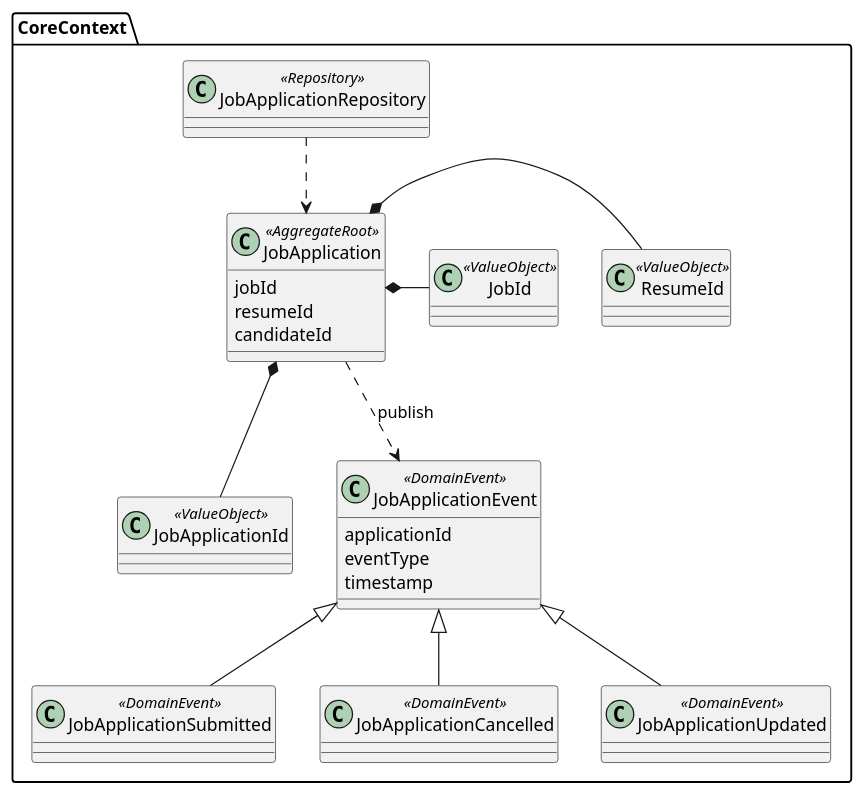
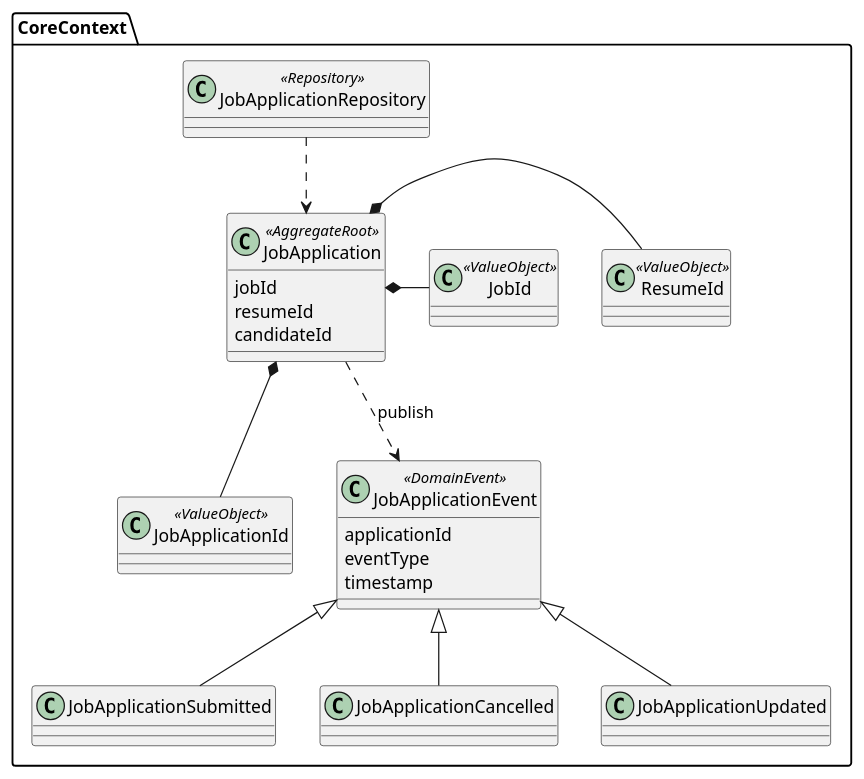
One commit to mikesorae/job_search_context changed the diagram in domain/core_context.pu. Above: the diagram before and after it, drawn with PlantUML. The commit also changed 2 other files, not shown here.

Commit message:
add domain events

```diff
--- a/domain/core_context.pu
+++ b/domain/core_context.pu
@@ -1,51 +1,41 @@
 @startuml
 
 ' 共通コンテキスト
 namespace CoreContext {
     class ResumeId <<ValueObject>> {
     }
 
     class JobId <<ValueObject>> {
     }
 
     class JobApplicationId <<ValueObject>> {
     }
 
     class JobApplication <<AggregateRoot>> {
         jobId
         resumeId
         candidateId
     }
 
     class JobApplicationRepository <<Repository>> {
     }
 
     class JobApplicationEvent <<DomainEvent>> {
         applicationId
         eventType
         timestamp 
     }
 
-    class JobApplicationSubmitted <<DomainEvent>> {
-    }
-
-    class JobApplicationCancelled <<DomainEvent>> {
-    }
-
-    class JobApplicationUpdated <<DomainEvent>> {
-    }
-
-
     JobApplication *-- JobApplicationId
     JobApplication *- ResumeId
     JobApplication *- JobId
     JobApplicationRepository ..> JobApplication
 
     JobApplicationEvent <|-- JobApplicationSubmitted
     JobApplicationEvent <|-- JobApplicationCancelled
     JobApplicationEvent <|-- JobApplicationUpdated
 
     JobApplication ..> JobApplicationEvent :publish
 }
 
 @enduml
```
